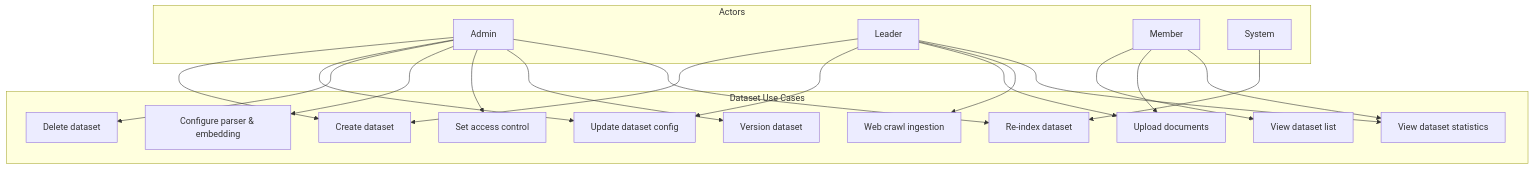
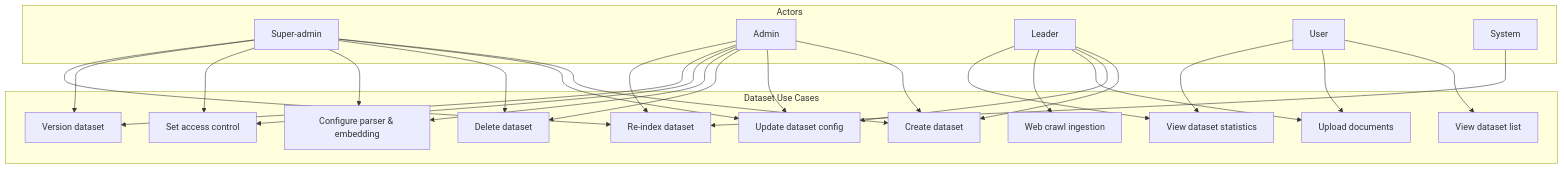
One commit to b-knowledge-solution/b-knowledge changed the first of 3 diagrams in docs/srs/core-platform/fr-dataset-management.md. Above: the diagram before and after it, drawn with Mermaid. The commit also changed other lines of this file, not shown here.

````diff
--- a/docs/srs/core-platform/fr-dataset-management.md
+++ b/docs/srs/core-platform/fr-dataset-management.md
@@ -15,28 +15,30 @@
 ```mermaid
 flowchart TD
     subgraph Actors
+        SA[Super-admin]
         A[Admin]
         L[Leader]
-        M[Member]
+        U[User]
         S[System]
     end
 
     subgraph Dataset Use Cases
         UC1[Create dataset]
         UC2[Update dataset config]
         UC3[Delete dataset]
         UC4[View dataset list]
         UC5[Upload documents]
         UC6[Web crawl ingestion]
         UC7[Configure parser & embedding]
         UC8[Set access control]
         UC9[Version dataset]
         UC10[View dataset statistics]
         UC11[Re-index dataset]
     end
 
+    SA --> UC1 & UC2 & UC3 & UC7 & UC8 & UC9 & UC11
     A --> UC1 & UC2 & UC3 & UC7 & UC8 & UC9 & UC11
     L --> UC1 & UC2 & UC5 & UC6 & UC10
-    M --> UC4 & UC5 & UC10
+    U --> UC4 & UC5 & UC10
     S --> UC11
 ```
````
